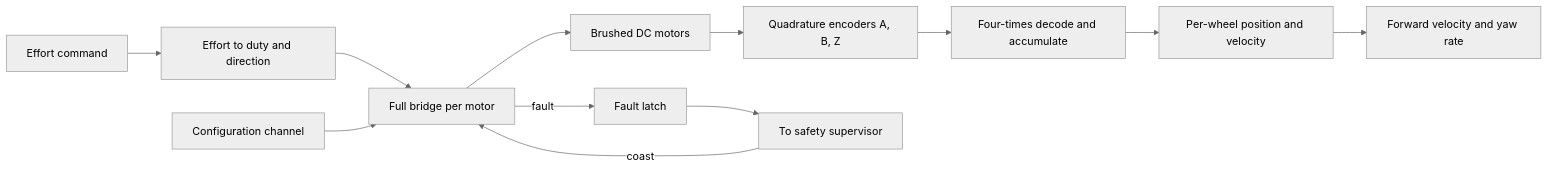
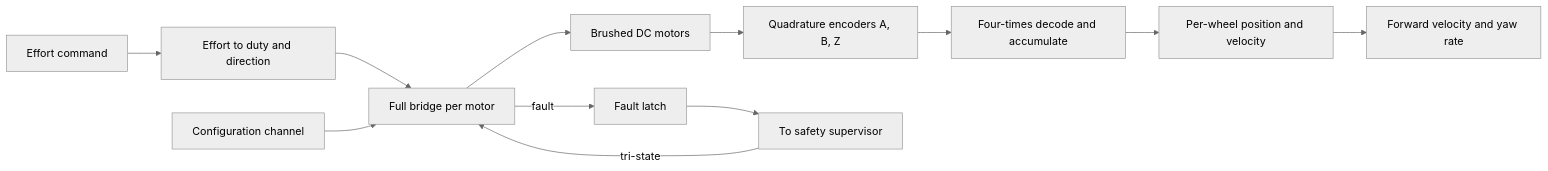
One commit to embedded-pro/e-Inverted-pendulum-bot changed the fourth of 4 diagrams in documentation/design/motion-actuation.md. Above: the diagram before and after it, drawn with Mermaid (neutral theme). The commit also changed other lines of this file and 12 other files, not shown here.

````diff
--- a/documentation/design/motion-actuation.md
+++ b/documentation/design/motion-actuation.md
@@ -227,14 +227,14 @@
 ```mermaid
 graph LR
     EFFORT[Effort command] --> MAP[Effort to duty and direction]
     MAP --> BRIDGE[Full bridge per motor]
     BRIDGE --> MOTOR[Brushed DC motors]
     MOTOR --> ENC[Quadrature encoders A, B, Z]
     ENC --> DEC[Four-times decode and accumulate]
     DEC --> WHEEL[Per-wheel position and velocity]
     WHEEL --> CHASSIS[Forward velocity and yaw rate]
     CFG[Configuration channel] --> BRIDGE
     BRIDGE -->|fault| LATCH[Fault latch]
     LATCH --> SUP[To safety supervisor]
-    SUP -->|coast| BRIDGE
+    SUP -->|tri-state| BRIDGE
 ```
````
